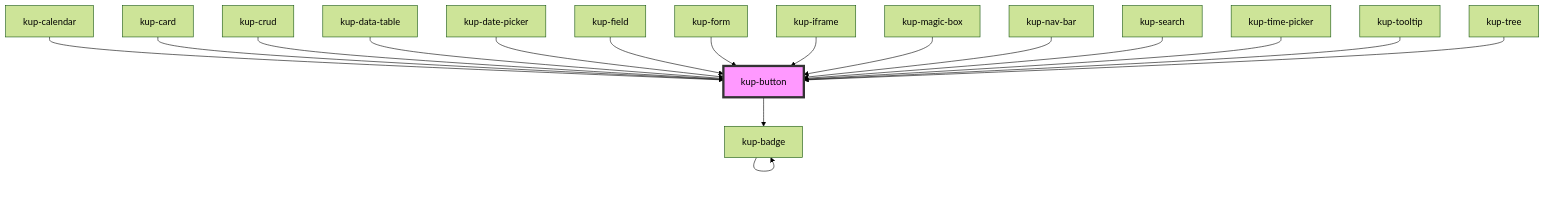
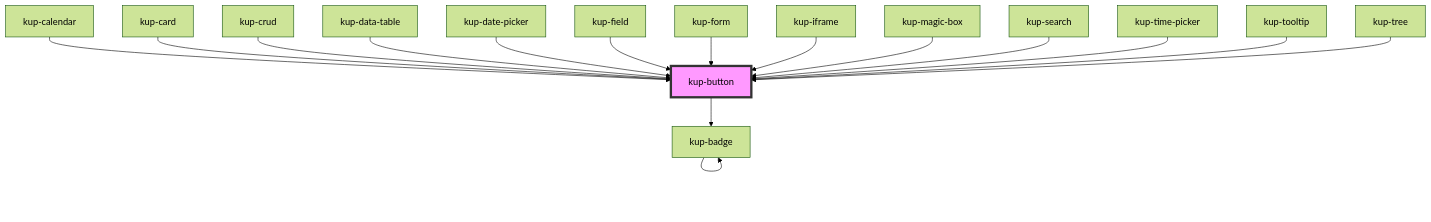
One commit to smeup/ketchup changed the diagram in packages/ketchup/src/components/kup-button/readme.md. Above: the diagram before and after it, drawn with Mermaid (forest theme). The commit also changed other lines of this file and 5 other files, not shown here.

Commit message:
kup-nav-bar: minor style fixes and renewed build-time files.

````diff
--- a/packages/ketchup/src/components/kup-button/readme.md
+++ b/packages/ketchup/src/components/kup-button/readme.md
@@ -87,20 +86,19 @@
 ```mermaid
 graph TD;
   kup-button --> kup-badge
   kup-badge --> kup-badge
   kup-calendar --> kup-button
   kup-card --> kup-button
   kup-crud --> kup-button
   kup-data-table --> kup-button
   kup-date-picker --> kup-button
   kup-field --> kup-button
   kup-form --> kup-button
   kup-iframe --> kup-button
   kup-magic-box --> kup-button
-  kup-nav-bar --> kup-button
   kup-search --> kup-button
   kup-time-picker --> kup-button
   kup-tooltip --> kup-button
   kup-tree --> kup-button
   style kup-button fill:#f9f,stroke:#333,stroke-width:4px
 ```
````
